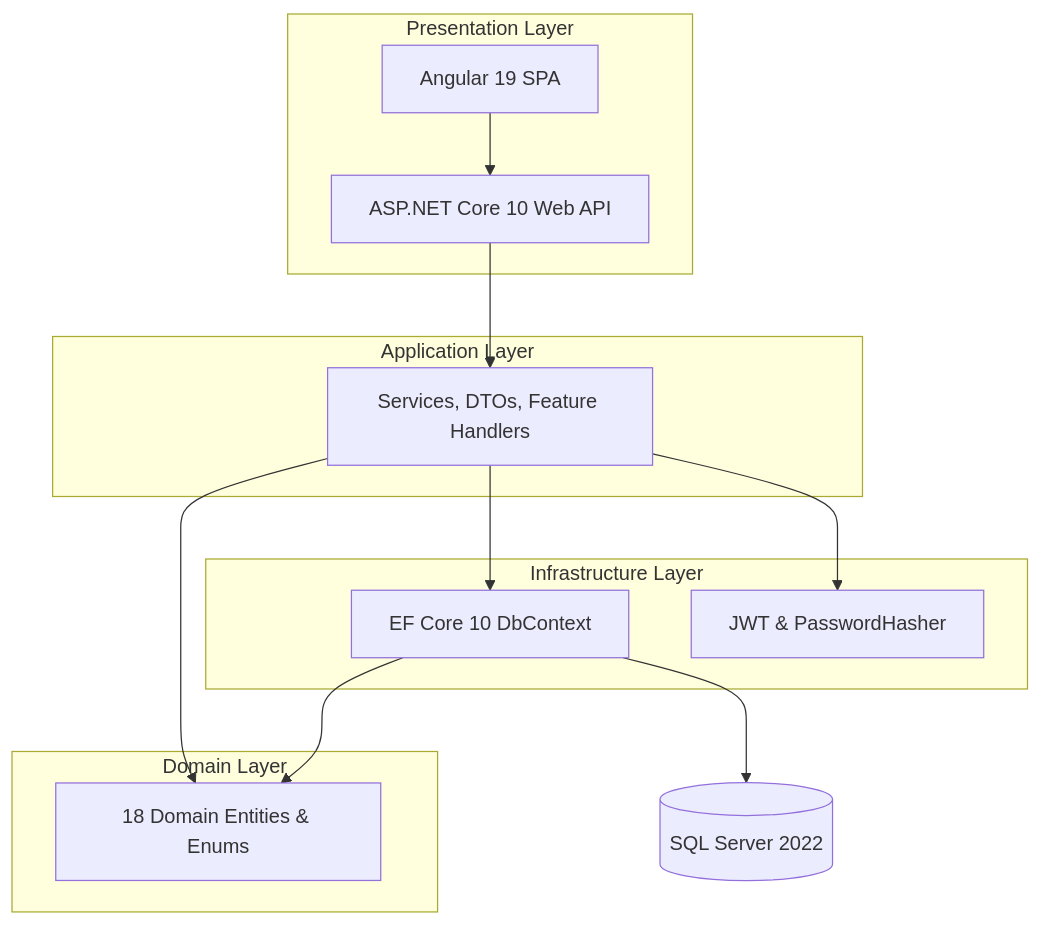
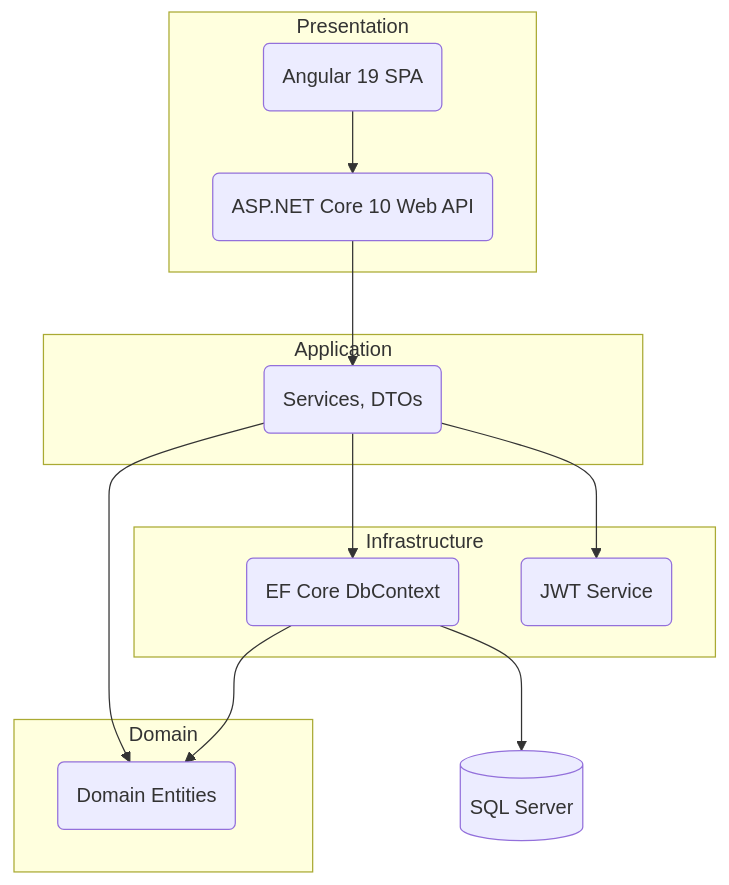
One commit to MazenDarweesh/DynamicProLearn changed the diagram in README.md. Above: the diagram before and after it, drawn with Mermaid.

Commit message:
docs: recreate Mermaid diagram with universally safe syntax

````diff
--- a/README.md
+++ b/README.md
@@ -24,30 +24,26 @@
 ```mermaid
 graph TD
-    subgraph Presentation ["Presentation Layer"]
-        UI["Angular 19 SPA"]
-        API["ASP.NET Core 10 Web API"]
-    end
+  subgraph Presentation
+    UI(Angular 19 SPA)
+    API(ASP.NET Core 10 Web API)
+  end
+  subgraph Application
+    CQRS(Services, DTOs)
+  end
+  subgraph Infrastructure
+    EF(EF Core DbContext)
+    Auth(JWT Service)
+  end
+  subgraph Domain
+    Entities(Domain Entities)
+  end
+  DB[(SQL Server)]
 
-    subgraph Application ["Application Layer"]
-        CQRS["Services, DTOs, Feature Handlers"]
-    end
-
-    subgraph Infrastructure ["Infrastructure Layer"]
-        EF["EF Core 10 DbContext"]
-        Auth["JWT & PasswordHasher"]
-    end
-
-    subgraph Domain ["Domain Layer"]
-        Entities["18 Domain Entities & Enums"]
-    end
-
-    DB[("SQL Server 2022")]
-
-    UI --> API
-    API --> CQRS
-    CQRS --> EF
-    CQRS --> Auth
-    CQRS --> Entities
-    EF --> Entities
-    EF --> DB
+  UI --> API
+  API --> CQRS
+  CQRS --> EF
+  CQRS --> Auth
+  CQRS --> Entities
+  EF --> Entities
+  EF --> DB
 ```
````
